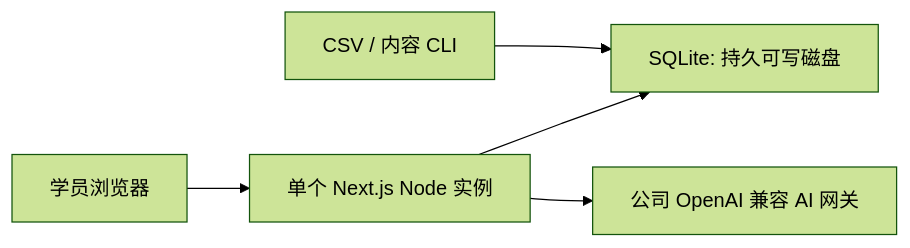
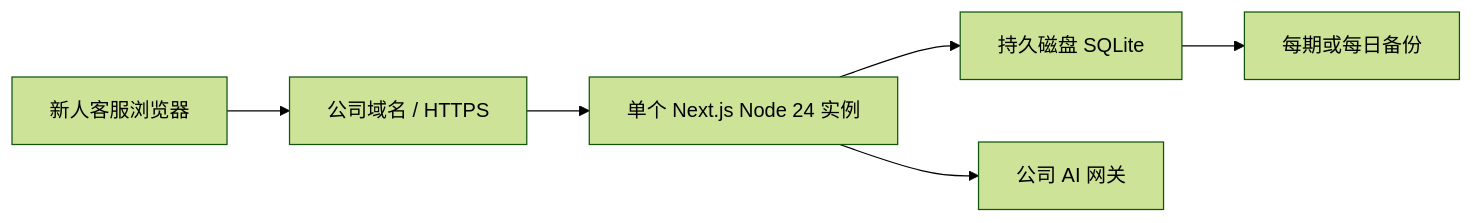
One commit to JzzzX/ai-customer-service-training changed the diagram in README.md. Above: the diagram before and after it, drawn with Mermaid (forest theme). The commit also changed other lines of this file and 1 other file, not shown here.

````diff
--- a/README.md
+++ b/README.md
@@ -9,7 +56,8 @@
 ```mermaid
 flowchart LR
-  CLI["CSV / 内容 CLI"] --> SQLite["SQLite: 持久可写磁盘"]
-  Learner["学员浏览器"] --> Next["单个 Next.js Node 实例"]
-  Next --> SQLite
-  Next --> Gateway["公司 OpenAI 兼容 AI 网关"]
+  Learner["新人客服浏览器"] --> Web["公司域名 / HTTPS"]
+  Web --> App["单个 Next.js Node 24 实例"]
+  App --> DB["持久磁盘 SQLite"]
+  App --> AI["公司 AI 网关"]
+  DB --> Backup["每期或每日备份"]
 ```
````
